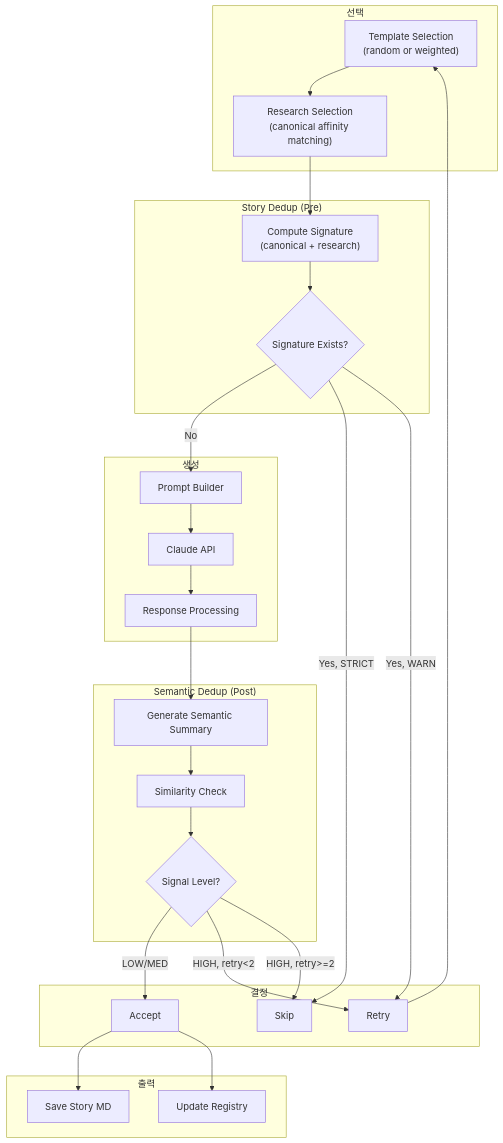
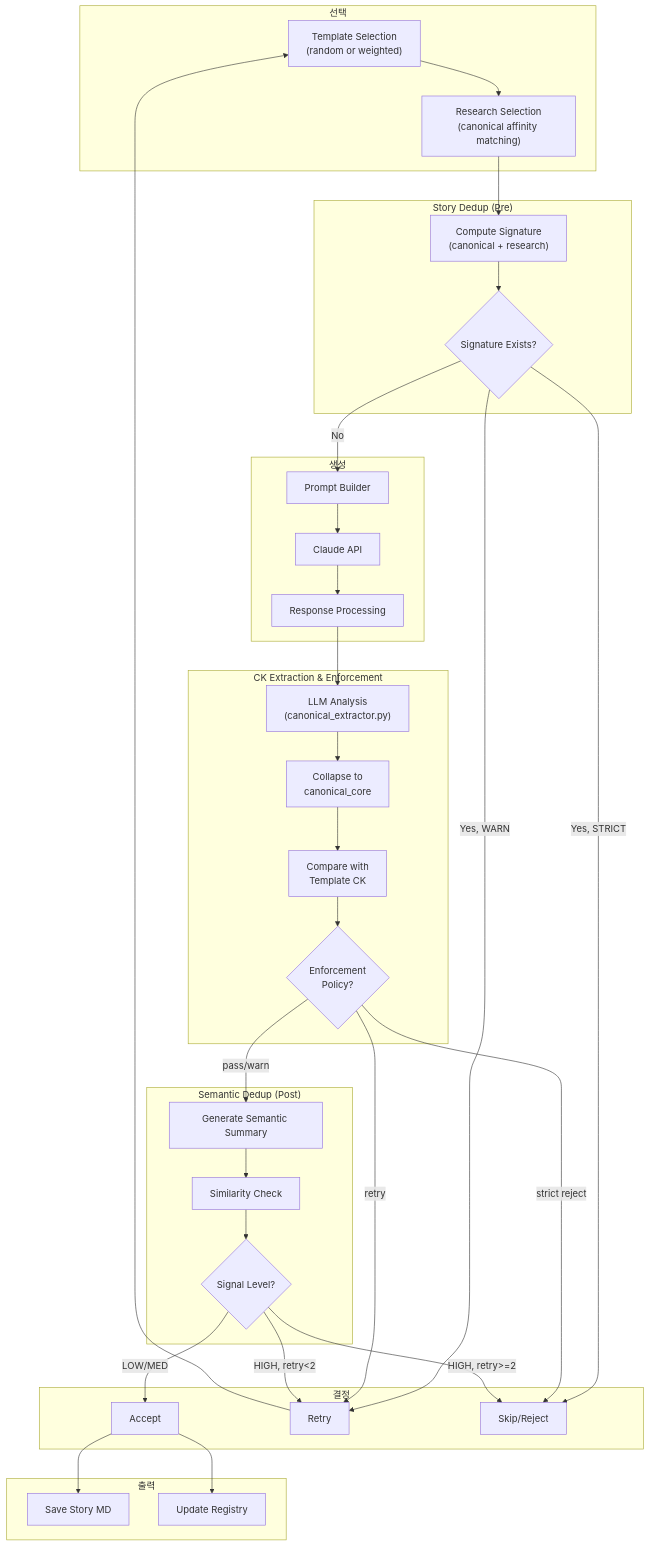
One commit to VinylStage/horror-story-generator changed the second of 5 diagrams in docs/technical/dataflow.md. Above: the diagram before and after it, drawn with Mermaid. The commit also changed other lines of this file and 9 other files, not shown here.

````diff
--- a/docs/technical/dataflow.md
+++ b/docs/technical/dataflow.md
@@ -124,53 +124,66 @@
 ```mermaid
 flowchart TB
     subgraph Selection["선택"]
         A1["Template Selection<br/>(random or weighted)"]
         A2["Research Selection<br/>(canonical affinity matching)"]
     end
 
     subgraph StoryDedup["Story Dedup (Pre)"]
         B1["Compute Signature<br/>(canonical + research)"]
         B2{"Signature Exists?"}
     end
 
     subgraph Generation["생성"]
         C1["Prompt Builder"]
         C2["Claude API"]
         C3["Response Processing"]
     end
 
+    subgraph CKExtraction["CK Extraction & Enforcement"]
+        CK1["LLM Analysis<br/>(canonical_extractor.py)"]
+        CK2["Collapse to<br/>canonical_core"]
+        CK3["Compare with<br/>Template CK"]
+        CK4{"Enforcement<br/>Policy?"}
+    end
+
     subgraph SemanticDedup["Semantic Dedup (Post)"]
         D1["Generate Semantic Summary"]
         D2["Similarity Check"]
         D3{"Signal Level?"}
     end
 
     subgraph Decision["결정"]
         E1["Accept"]
         E2["Retry"]
-        E3["Skip"]
+        E3["Skip/Reject"]
     end
 
     subgraph Output["출력"]
         F1["Save Story MD"]
         F2["Update Registry"]
     end
 
     A1 --> A2
     A2 --> B1
     B1 --> B2
     B2 -->|No| C1
     B2 -->|Yes, STRICT| E3
     B2 -->|Yes, WARN| E2
     C1 --> C2
     C2 --> C3
-    C3 --> D1
+    C3 --> CK1
+    CK1 --> CK2
+    CK2 --> CK3
+    CK3 --> CK4
+    CK4 -->|pass/warn| D1
+    CK4 -->|retry| E2
+    CK4 -->|strict reject| E3
     D1 --> D2
     D2 --> D3
     D3 -->|LOW/MED| E1
     D3 -->|HIGH, retry<2| E2
     D3 -->|HIGH, retry>=2| E3
     E1 --> F1
     E1 --> F2
     E2 --> A1
 ```
````
